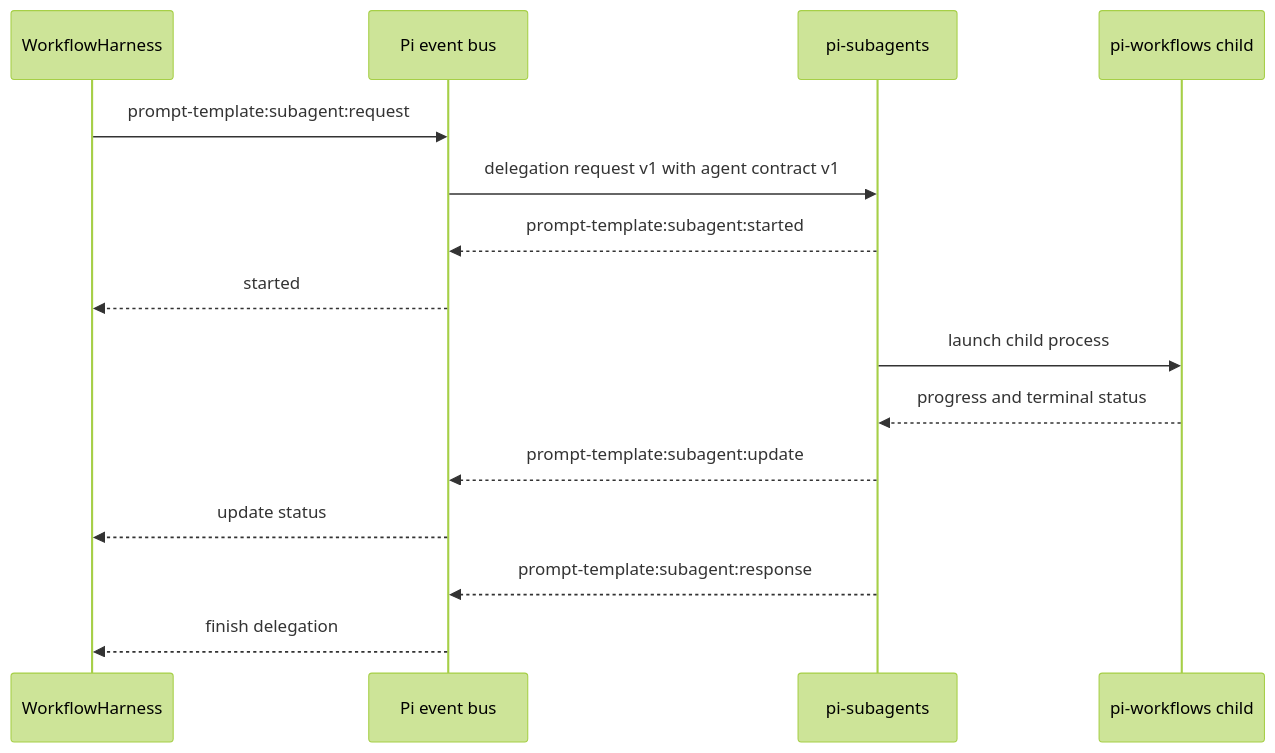
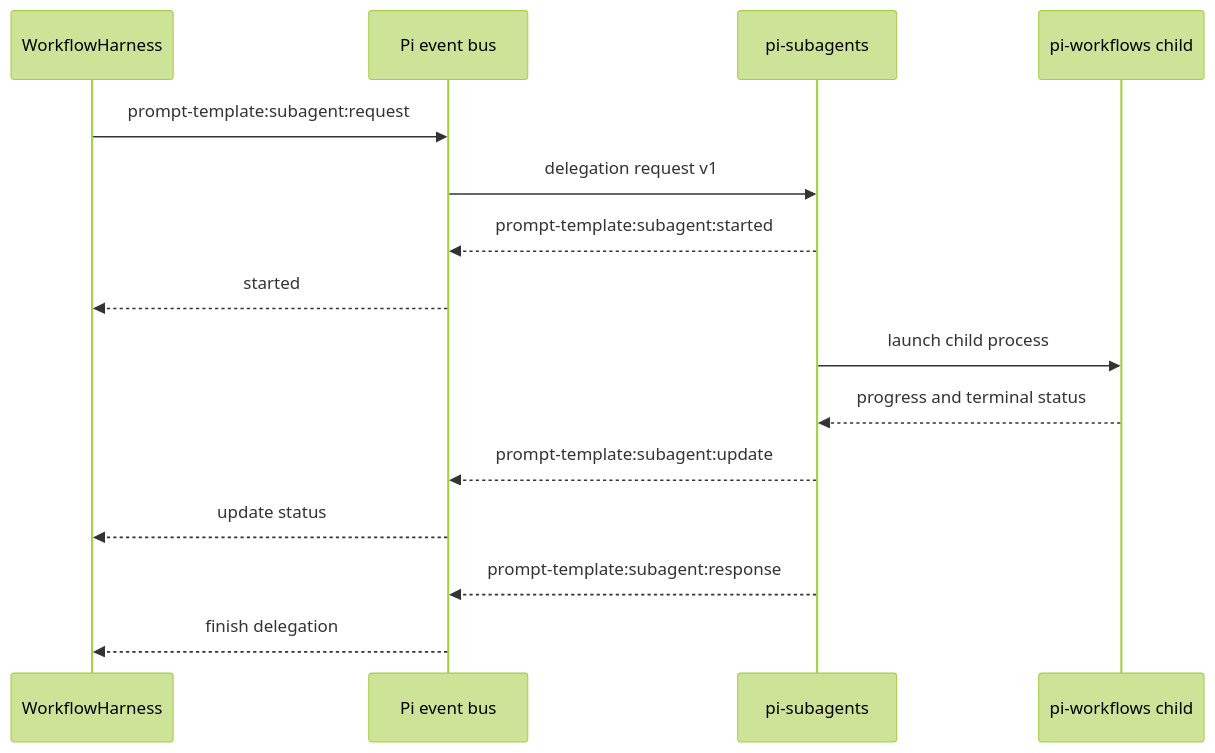
Before and after one commit to wichayutdew/pi-workflows: the first of 6 diagrams in openwiki/integrations/subagents.md, drawn with Mermaid (forest theme). The commit also changed other lines of this file and 16 other files, not shown here.

````diff
--- a/openwiki/integrations/subagents.md
+++ b/openwiki/integrations/subagents.md
@@ -16,18 +18,18 @@
 ```mermaid
 sequenceDiagram
   participant Harness as WorkflowHarness
   participant Bus as Pi event bus
   participant Sub as pi-subagents
   participant Child as pi-workflows child
 
   Harness->>Bus: prompt-template:subagent:request
-  Bus->>Sub: delegation request v1 with agent contract v1
+  Bus->>Sub: delegation request v1
   Sub-->>Bus: prompt-template:subagent:started
   Bus-->>Harness: started
   Sub->>Child: launch child process
   Child-->>Sub: progress and terminal status
   Sub-->>Bus: prompt-template:subagent:update
   Bus-->>Harness: update status
   Sub-->>Bus: prompt-template:subagent:response
   Bus-->>Harness: finish delegation
 ```
````
